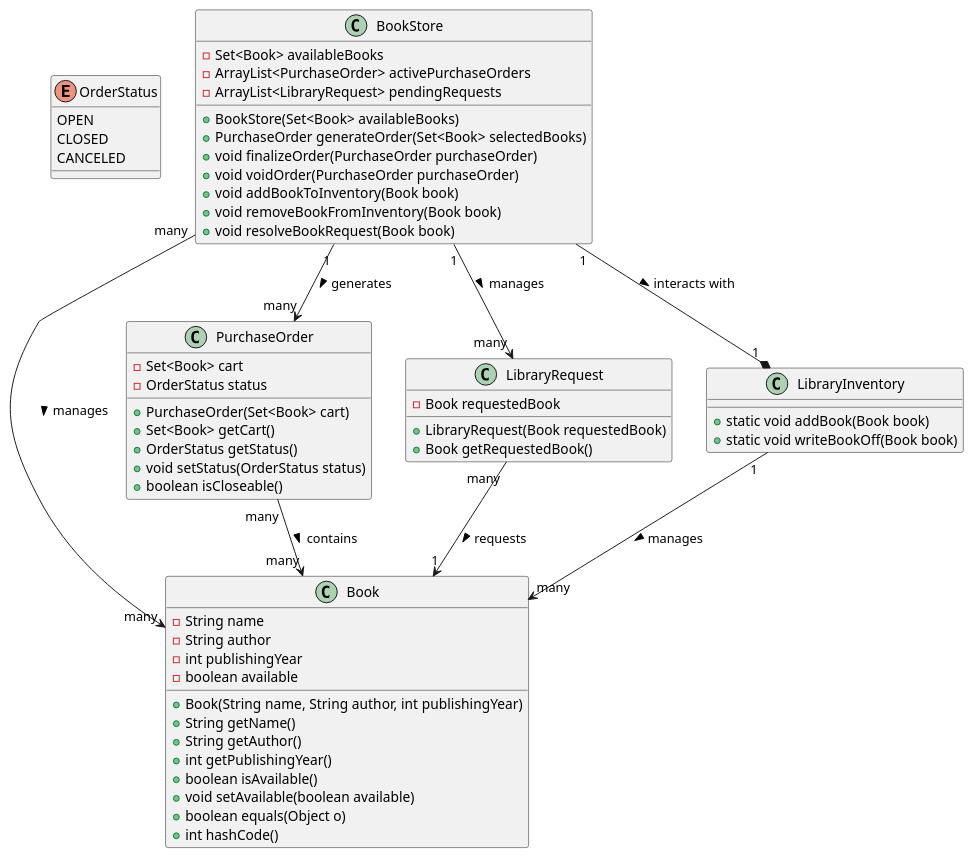
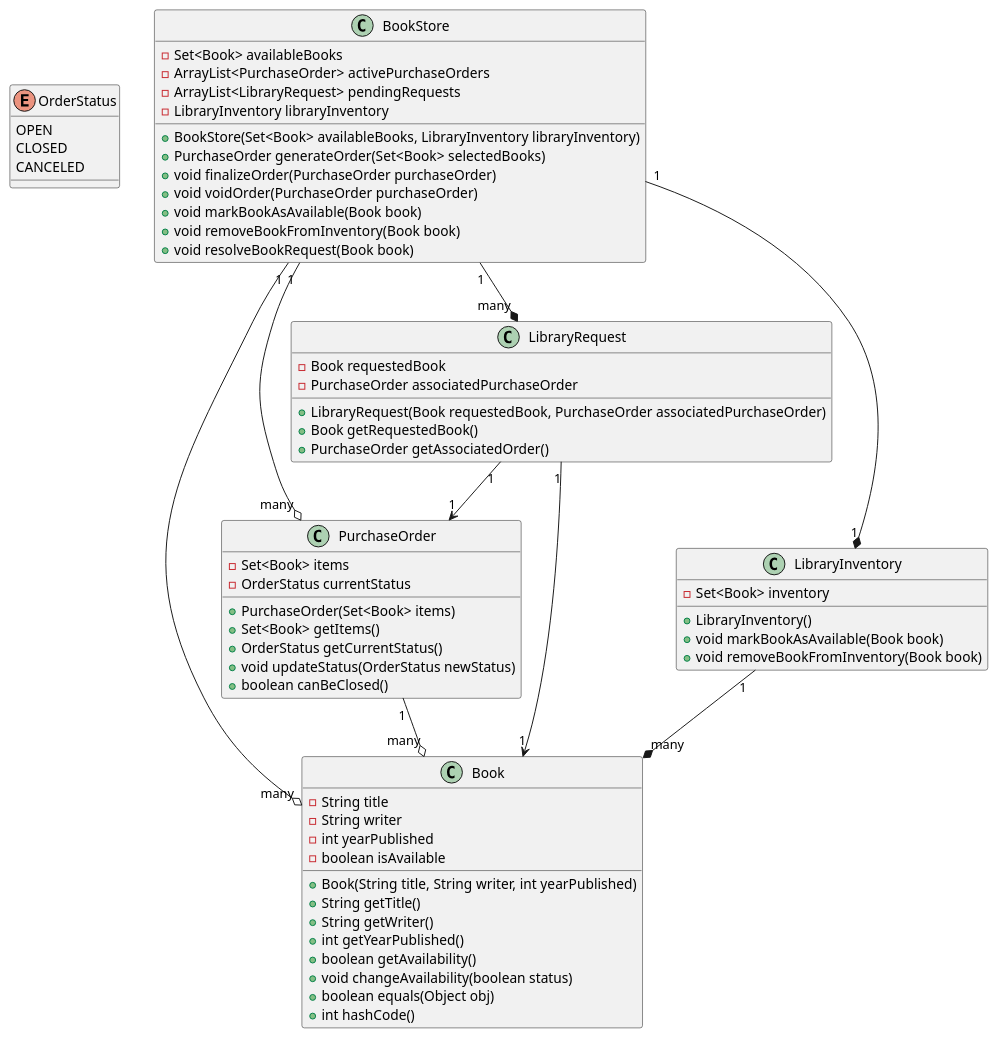
Before and after one commit to shreddedInk/Senla-Courses: the diagram in task-3/4/BookStore.puml, drawn with PlantUML. The commit also changed 1 other file, not shown here.

```diff
--- a/task-3/4/BookStore.puml
+++ b/task-3/4/BookStore.puml
@@ -1,66 +1,76 @@
 @startuml
 
 enum OrderStatus {
     OPEN
     CLOSED
     CANCELED
 }
 
 class Book {
-    - String name
-    - String author
-    - int publishingYear
-    - boolean available
-    + Book(String name, String author, int publishingYear)
-    + String getName()
-    + String getAuthor()
-    + int getPublishingYear()
-    + boolean isAvailable()
-    + void setAvailable(boolean available)
-    + boolean equals(Object o)
+    - String title
+    - String writer
+    - int yearPublished
+    - boolean isAvailable
+    + Book(String title, String writer, int yearPublished)
+    + String getTitle()
+    + String getWriter()
+    + int getYearPublished()
+    + boolean getAvailability()
+    + void changeAvailability(boolean status)
+    + boolean equals(Object obj)
     + int hashCode()
 }
 
 class PurchaseOrder {
-    - Set<Book> cart
-    - OrderStatus status
-    + PurchaseOrder(Set<Book> cart)
-    + Set<Book> getCart()
-    + OrderStatus getStatus()
-    + void setStatus(OrderStatus status)
-    + boolean isCloseable()
+    - Set<Book> items
+    - OrderStatus currentStatus
+    + PurchaseOrder(Set<Book> items)
+    + Set<Book> getItems()
+    + OrderStatus getCurrentStatus()
+    + void updateStatus(OrderStatus newStatus)
+    + boolean canBeClosed()
 }
 
 class LibraryRequest {
     - Book requestedBook
-    + LibraryRequest(Book requestedBook)
+    - PurchaseOrder associatedPurchaseOrder
+    + LibraryRequest(Book requestedBook, PurchaseOrder associatedPurchaseOrder)
     + Book getRequestedBook()
+    + PurchaseOrder getAssociatedOrder()
 }
 
 class LibraryInventory {
-    + static void addBook(Book book)
-    + static void writeBookOff(Book book)
+    - Set<Book> inventory
+    + LibraryInventory()
+    + void markBookAsAvailable(Book book)
+    + void removeBookFromInventory(Book book)
 }
 
 class BookStore {
     - Set<Book> availableBooks
     - ArrayList<PurchaseOrder> activePurchaseOrders
     - ArrayList<LibraryRequest> pendingRequests
-    + BookStore(Set<Book> availableBooks)
+    - LibraryInventory libraryInventory
+    + BookStore(Set<Book> availableBooks, LibraryInventory libraryInventory)
     + PurchaseOrder generateOrder(Set<Book> selectedBooks)
     + void finalizeOrder(PurchaseOrder purchaseOrder)
     + void voidOrder(PurchaseOrder purchaseOrder)
-    + void addBookToInventory(Book book)
+    + void markBookAsAvailable(Book book)
     + void removeBookFromInventory(Book book)
     + void resolveBookRequest(Book book)
 }
 
-BookStore "1" --> "many" PurchaseOrder : generates >
-BookStore "1" --> "many" LibraryRequest : manages >
-BookStore "1" --* "1" LibraryInventory : interacts with >
-BookStore "many" --> "many" Book : manages >
-LibraryRequest "many" --> "1" Book : requests >
-LibraryInventory "1" --> "many" Book : manages >
-PurchaseOrder "many" --> "many" Book : contains >
+BookStore "1" --* "1" LibraryInventory
+BookStore "1" --o "many" Book
+BookStore "1" --o "many" PurchaseOrder
+BookStore "1" --* "many" LibraryRequest
+
+LibraryRequest "1" --> "1" Book
+LibraryRequest "1" --> "1" PurchaseOrder
+
+LibraryInventory "1" --* "many" Book
+
+PurchaseOrder "1" --o "many" Book
+
 
 @enduml
```
